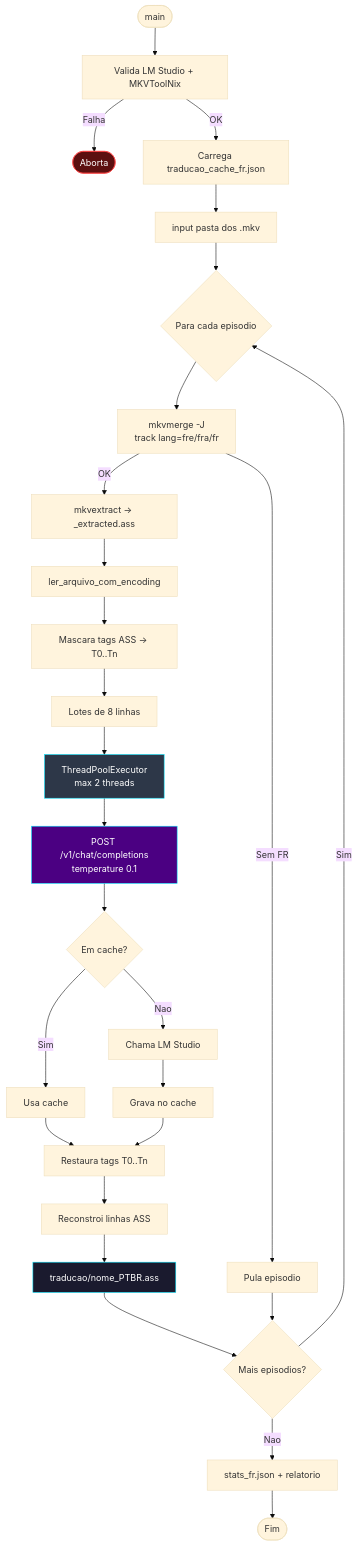
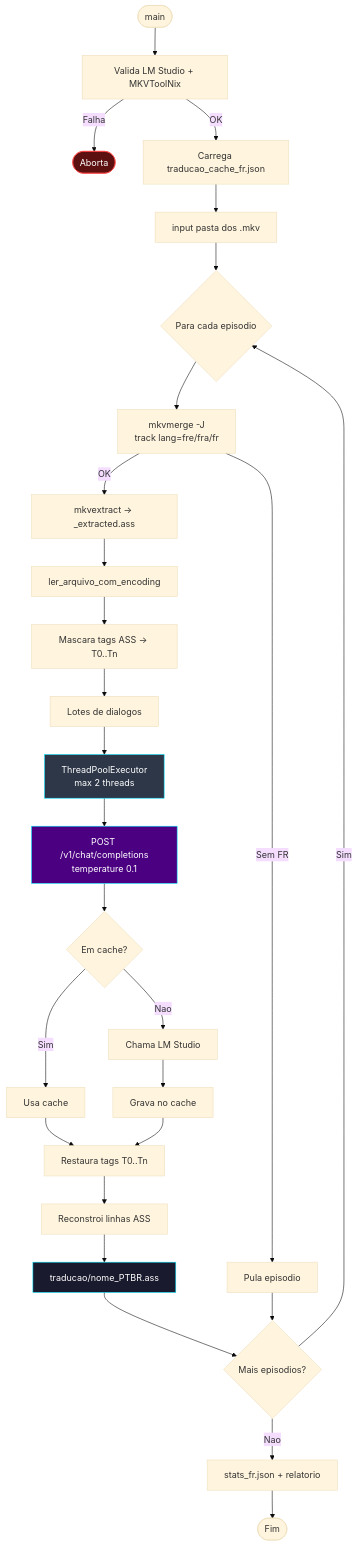
The second of 5 diagrams in docs/modulo-fase-4.md (carmipa/projeto-tracker-animes-traducao), drawn with Mermaid (base theme) before and after one commit. The commit also changed other lines of this file and 21 other files, not shown here.

````diff
--- a/docs/modulo-fase-4.md
+++ b/docs/modulo-fase-4.md
@@ -117,39 +108,39 @@
 ```mermaid
 flowchart TB
     START([main]) --> VAL[Valida LM Studio + MKVToolNix]
     VAL -->|Falha| ABORT([Aborta])
     VAL -->|OK| CACHE[Carrega traducao_cache_fr.json]
     CACHE --> PASTA[input pasta dos .mkv]
     PASTA --> LOOP{Para cada episodio}
 
     LOOP --> TRACK[mkvmerge -J<br/>track lang=fre/fra/fr]
     TRACK -->|Sem FR| SKIP[Pula episodio]
     TRACK -->|OK| EXT[mkvextract -> _extracted.ass]
 
     EXT --> READ[ler_arquivo_com_encoding]
     READ --> MASK[Mascara tags ASS -> T0..Tn]
-    MASK --> LOTE[Lotes de 8 linhas]
+    MASK --> LOTE[Lotes de dialogos]
 
     LOTE --> POOL[ThreadPoolExecutor<br/>max 2 threads]
     POOL --> API[POST /v1/chat/completions<br/>temperature 0.1]
     API --> CHK{Em cache?}
     CHK -->|Sim| HIT[Usa cache]
     CHK -->|Nao| CALL[Chama LM Studio]
     CALL --> SAVECACHE[Grava no cache]
 
     HIT --> UNMASK[Restaura tags T0..Tn]
     SAVECACHE --> UNMASK
     UNMASK --> REBUILD[Reconstroi linhas ASS]
     REBUILD --> SAVE[traducao/nome_PTBR.ass]
     SAVE --> MORE{Mais episodios?}
     MORE -->|Sim| LOOP
     MORE -->|Nao| STATS[stats_fr.json + relatorio]
     STATS --> END([Fim])
 
     SKIP --> MORE
 
     style API fill:#4B0082,stroke:#00E5FF,color:#fff
     style SAVE fill:#1a1a2e,stroke:#00E5FF,color:#fff
     style ABORT fill:#5c1010,stroke:#ff4444,color:#fff
     style POOL fill:#2d3748,stroke:#00E5FF,color:#fff
 ```
````
